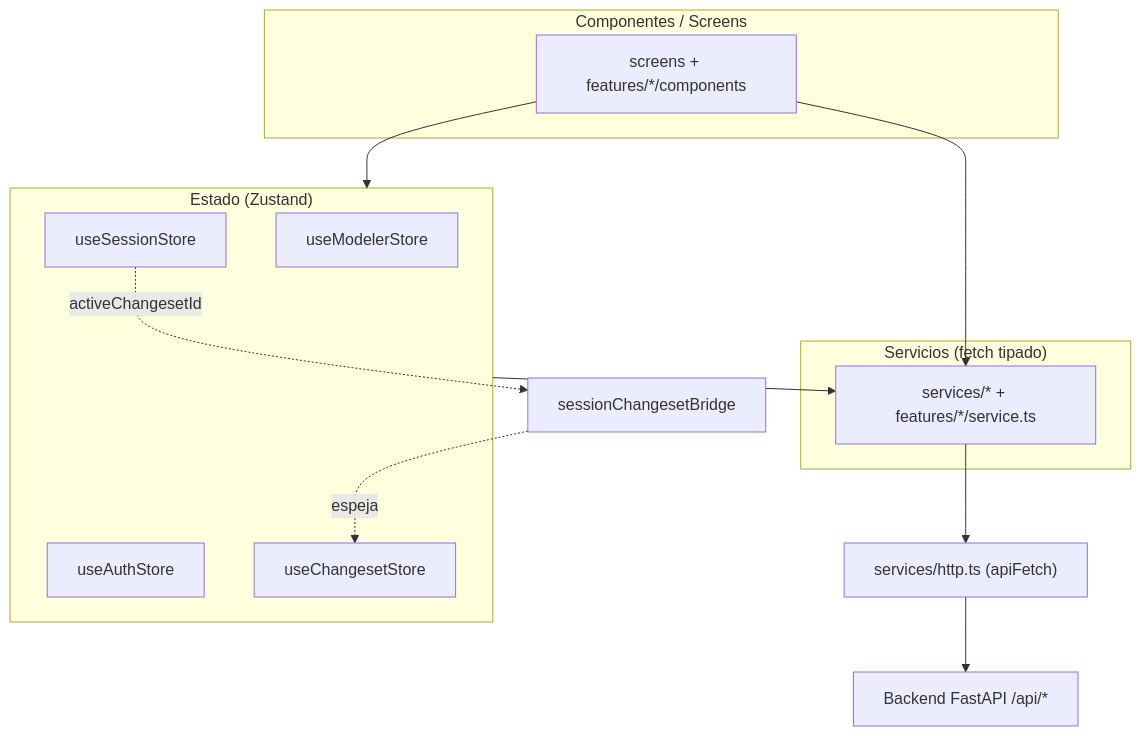
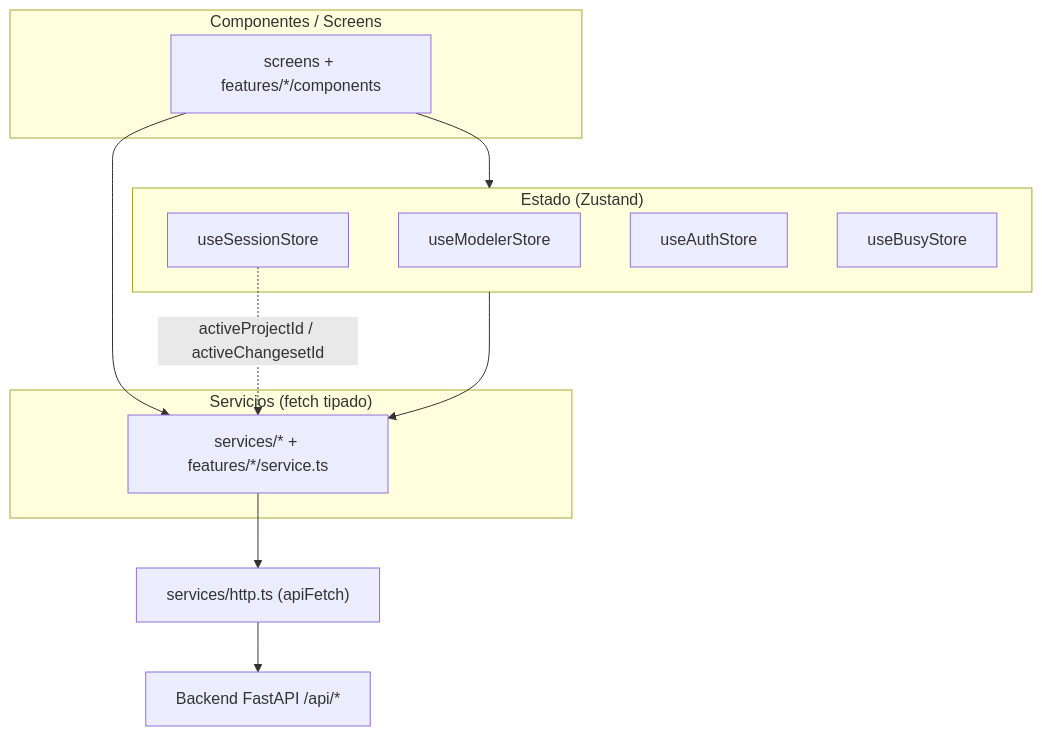
One commit to Carlosmps97/web-data-model-hub changed the second of 4 diagrams in README.md. Above: the diagram before and after it, drawn with Mermaid. The commit also changed other lines of this file and 198 other files, not shown here.

````diff
--- a/README.md
+++ b/README.md
@@ -106,25 +104,24 @@
 ```mermaid
 flowchart TD
   subgraph UI["Componentes / Screens"]
     Screens["screens + features/*/components"]
   end
   subgraph State["Estado (Zustand)"]
     Modeler["useModelerStore"]
     Session["useSessionStore"]
     Auth["useAuthStore"]
-    Changeset["useChangesetStore"]
+    Busy["useBusyStore"]
   end
   subgraph Svc["Servicios (fetch tipado)"]
     Services["services/* + features/*/service.ts"]
   end
   HTTP["services/http.ts (apiFetch)"]
   Backend["Backend FastAPI /api/*"]
 
   Screens --> State
   Screens --> Services
   State --> Services
   Services --> HTTP
   HTTP --> Backend
-  Bridge["sessionChangesetBridge"] -.espeja.-> Changeset
-  Session -.activeChangesetId.-> Bridge
+  Session -.activeProjectId / activeChangesetId.-> Services
 ```
````
